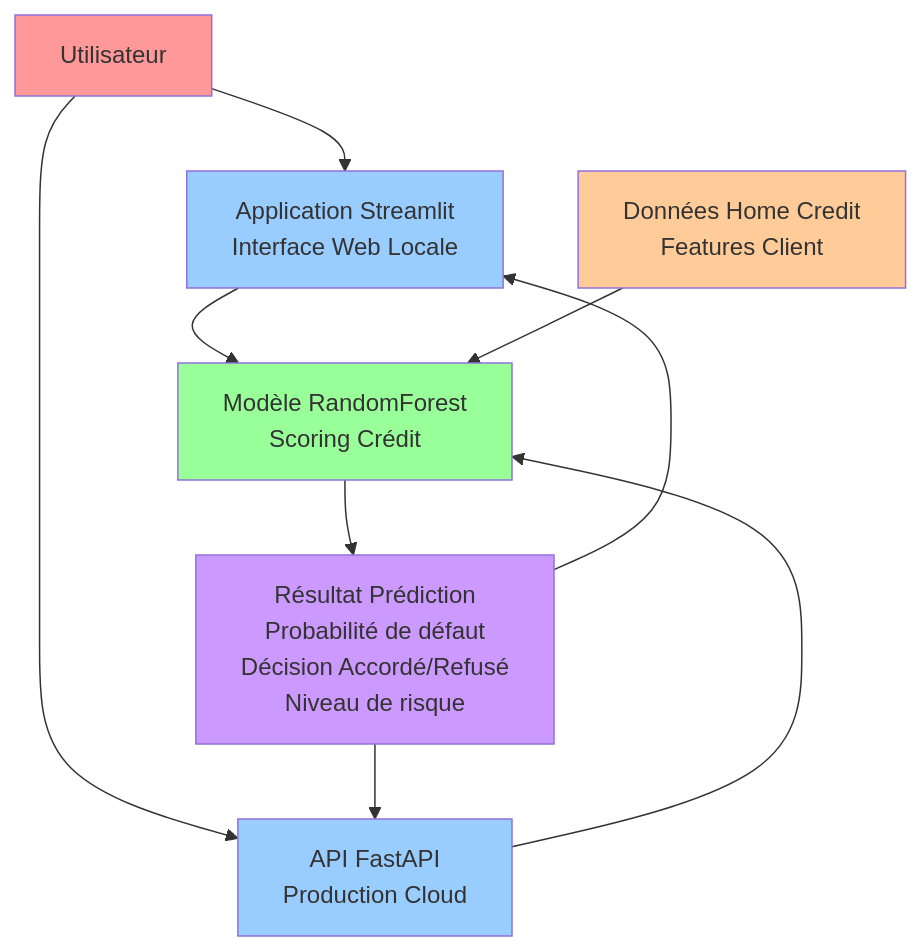
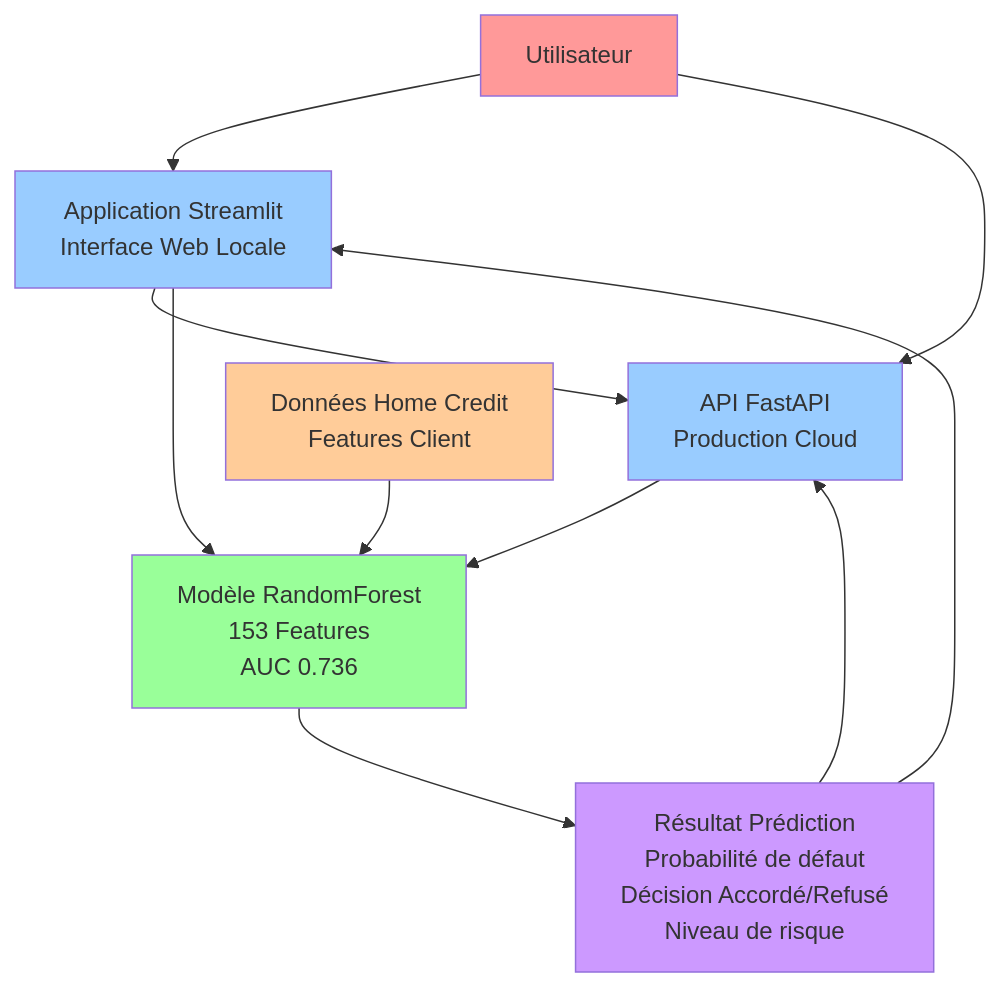
One commit to Vorkel/mn-opc-7025 changed the first of 5 diagrams in docs/architecture/ARCHITECTURE.md. Above: the diagram before and after it, drawn with Mermaid. The commit also changed other lines of this file and 6 other files, not shown here.

````diff
--- a/docs/architecture/ARCHITECTURE.md
+++ b/docs/architecture/ARCHITECTURE.md
@@ -5,39 +5,40 @@
 ```mermaid
 graph TB
     %% Interface Utilisateur
     USER[Utilisateur]
     STREAMLIT[Application Streamlit<br/>Interface Web Locale]
     API[API FastAPI<br/>Production Cloud]
 
     %% Modèle ML
-    MODEL[Modèle RandomForest<br/>Scoring Crédit]
+    MODEL[Modèle RandomForest<br/>153 Features<br/>AUC 0.736]
 
     %% Données
     DATA[Données Home Credit<br/>Features Client]
 
-    %% Flux principal
+    %% Flux principal - Architecture Hybride
     USER --> STREAMLIT
     USER --> API
+    STREAMLIT --> API
     STREAMLIT --> MODEL
     API --> MODEL
     DATA --> MODEL
 
     %% Résultats
     MODEL --> RESULT[Résultat Prédiction<br/>Probabilité de défaut<br/>Décision Accordé/Refusé<br/>Niveau de risque]
 
     RESULT --> STREAMLIT
     RESULT --> API
 
     %% Styles
     classDef user fill:#ff9999
     classDef app fill:#99ccff
     classDef model fill:#99ff99
     classDef data fill:#ffcc99
     classDef result fill:#cc99ff
 
     class USER user
     class STREAMLIT,API app
     class MODEL model
     class DATA data
     class RESULT result
 ```
````
